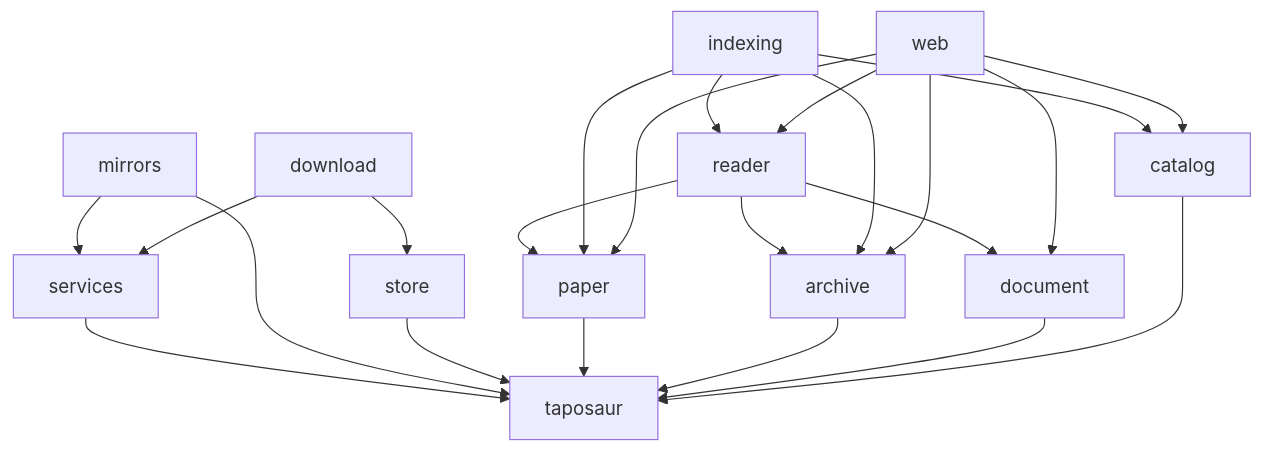
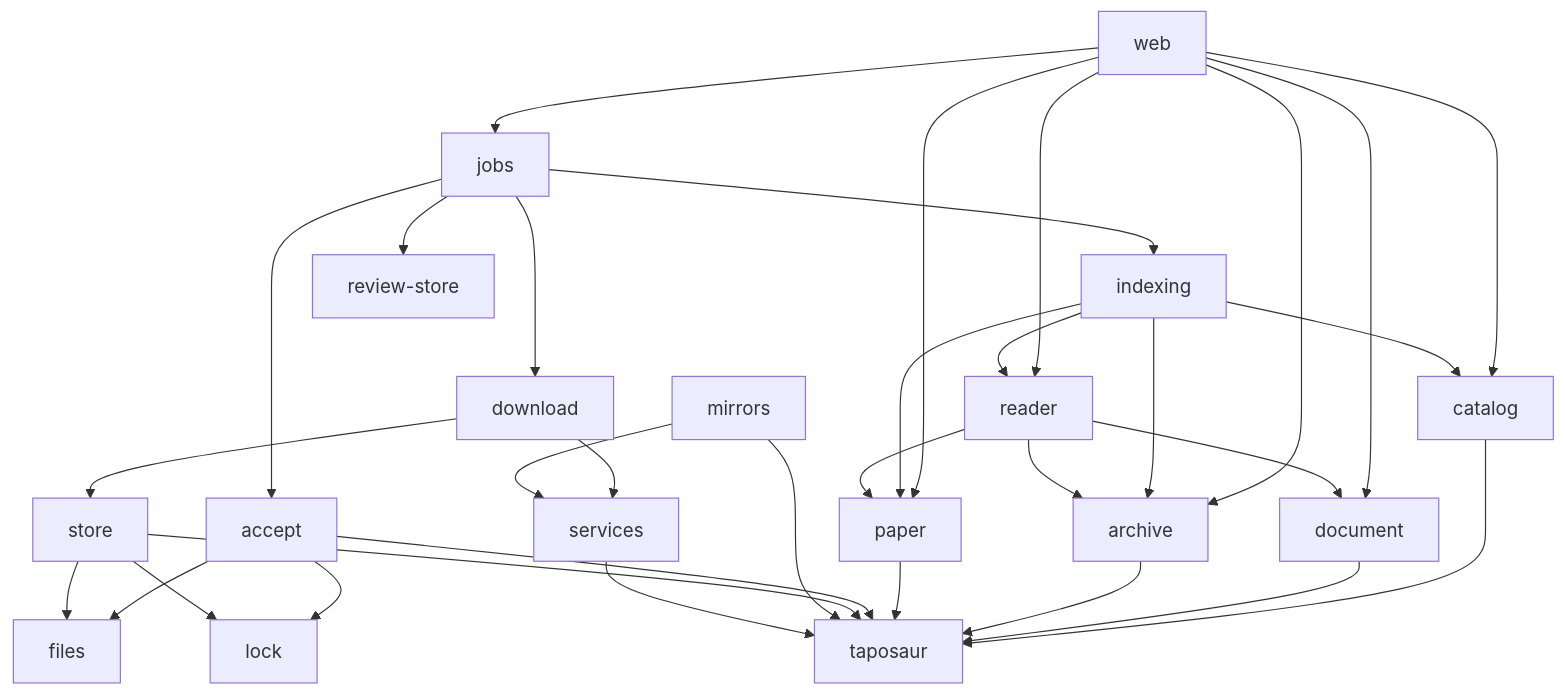
The diagram in u/etap/taposaur/ARCHITECTURE.md (avsm/oxmono), drawn with Mermaid before and after one commit. The commit also changed other lines of this file and 126 other files, not shown here.

````diff
--- a/u/etap/taposaur/ARCHITECTURE.md
+++ b/u/etap/taposaur/ARCHITECTURE.md
@@ -28,25 +33,37 @@
 ```mermaid
 flowchart TD
   services --> core[taposaur]
   mirrors --> services
   mirrors --> core
+  lock
+  files
+  store --> lock
+  store --> files
   store --> core
+  accept --> lock
+  accept --> files
+  accept --> core
+  jobs --> accept
+  jobs --> download
+  jobs --> indexing
+  jobs --> review_store[review-store]
   download --> services
   download --> store
   paper --> core
   archive --> core
   document --> core
   catalog --> core
   reader --> paper
   reader --> archive
   reader --> document
   indexing --> reader
   indexing --> catalog
   indexing --> archive
   indexing --> paper
   web --> reader
   web --> catalog
   web --> archive
   web --> document
   web --> paper
+  web --> jobs
 ```
````
